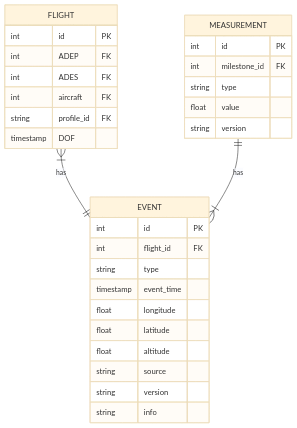
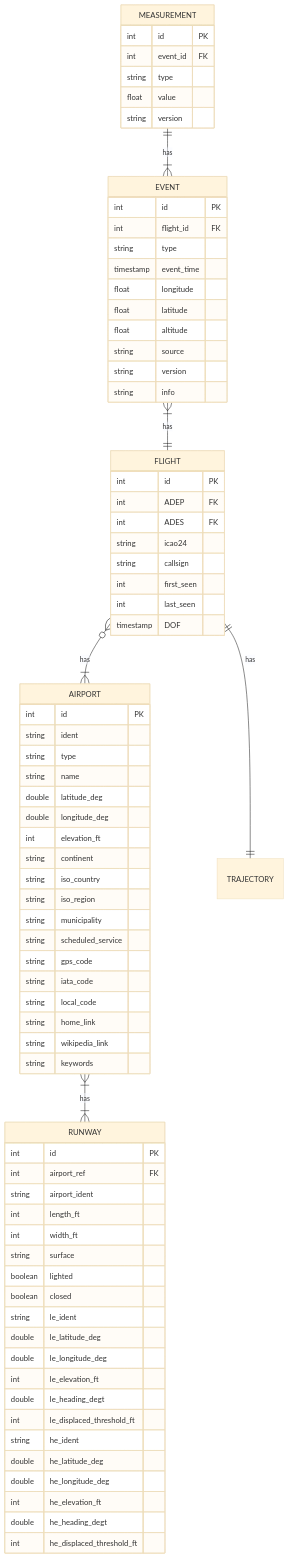
Before and after one commit to euctrl-pru/opdi-portal: the diagram in data.qmd, drawn with Mermaid (base theme). The commit also changed other lines of this file and 8 other files, not shown here.

````diff
--- a/data.qmd
+++ b/data.qmd
@@ -54,7 +29,6 @@
 ```{mermaid}
 %%| label: fig-er-diagram
 %%| fig-cap: "Entity-Relationship diagram for Milestone and relevant concepts."
-%%| theme: forest
 
 erDiagram
     EVENT {
@@ -71,7 +45,7 @@
     }
     MEASUREMENT {
         int id PK
-        int milestone_id FK
+        int event_id FK
         string type
         float value
         string version
@@ -80,12 +54,60 @@
         int id PK
         int ADEP FK
         int ADES FK
-        int aircraft FK
-        string profile_id FK
+        string icao24
+        string callsign
+        int first_seen
+        int last_seen
         timestamp DOF
     }
+    AIRPORT {
+        int id PK
+        string ident
+        string type
+        string name
+        double latitude_deg
+        double longitude_deg
+        int elevation_ft
+        string continent
+        string iso_country
+        string iso_region
+        string municipality
+        string scheduled_service
+        string gps_code
+        string iata_code
+        string local_code
+        string home_link
+        string wikipedia_link
+        string keywords
+    }
+    RUNWAY {
+        int id PK
+        int airport_ref FK
+        string airport_ident
+        int length_ft
+        int width_ft
+        string surface
+        boolean lighted
+        boolean closed
+        string le_ident
+        double le_latitude_deg
+        double le_longitude_deg
+        int le_elevation_ft
+        double le_heading_degt
+        int le_displaced_threshold_ft
+        string he_ident
+        double he_latitude_deg
+        double he_longitude_deg
+        int he_elevation_ft
+        double he_heading_degt
+        int he_displaced_threshold_ft
+    }
+
     
-    FLIGHT }|--|| EVENT : has
+    EVENT }|--|| FLIGHT : has
+    FLIGHT    }o--|{ AIRPORT : has
+    AIRPORT   }|--|{ RUNWAY : has
+    FLIGHT ||--|| TRAJECTORY : has 
     MEASUREMENT ||--|{ EVENT : has
 
 ```
````
